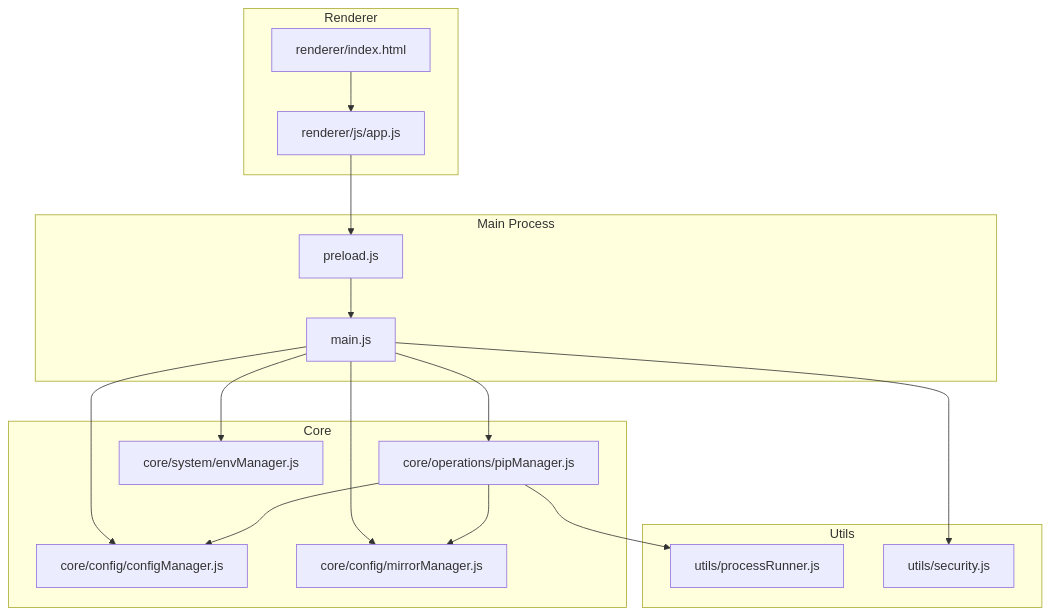
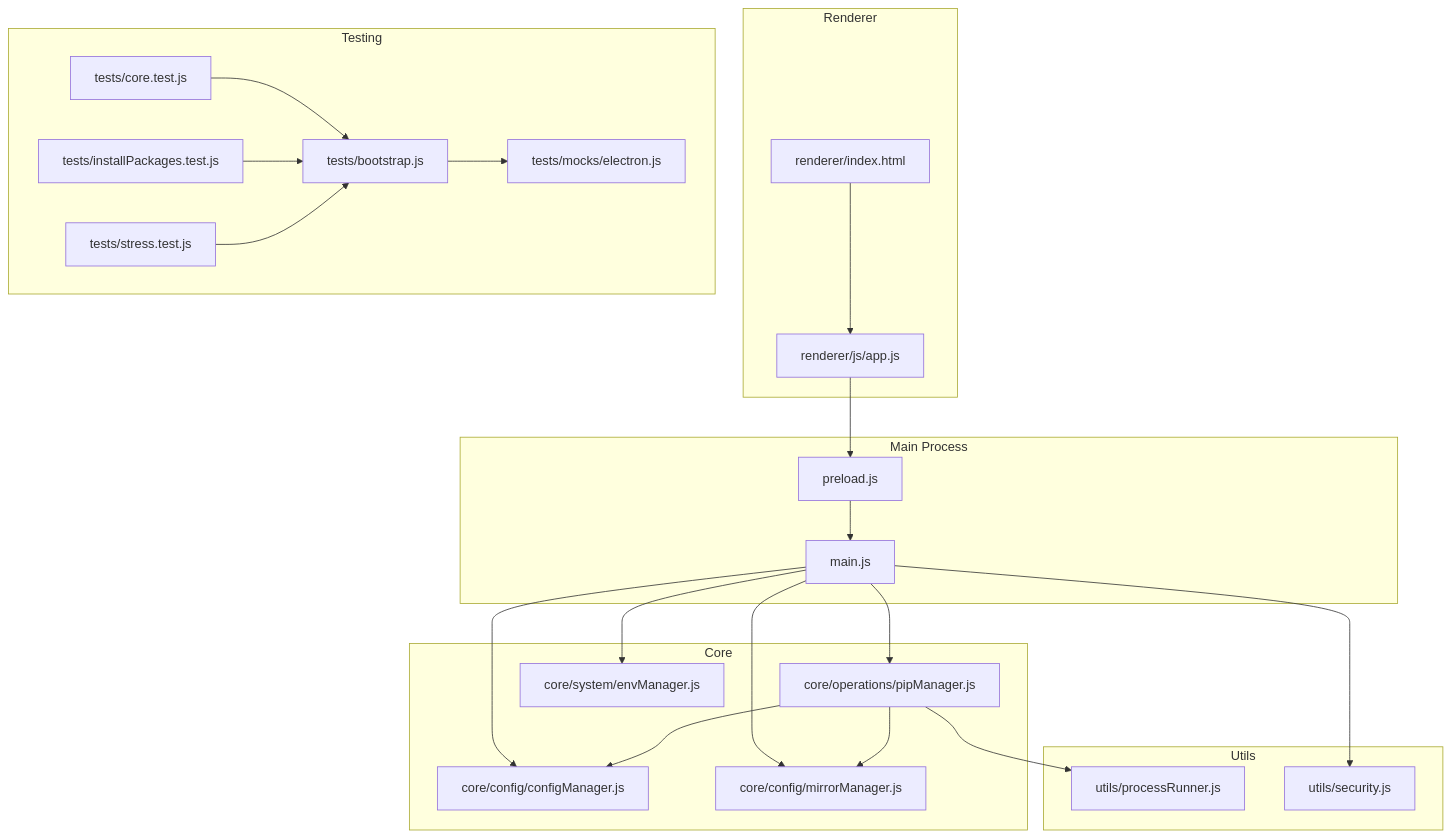
The first of 4 diagrams in docs/en/content/Development Guide.md (SoftheartedYYC/PyLibMaster), drawn with Mermaid before and after one commit. The commit also changed other lines of this file and 72 other files, not shown here.

````diff
--- a/docs/en/content/Development Guide.md
+++ b/docs/en/content/Development Guide.md
@@ -42,32 +56,43 @@
 ```mermaid
 graph TB
 subgraph "Main Process"
 M["main.js"]
 P["preload.js"]
 end
 subgraph "Renderer"
 RHTML["renderer/index.html"]
 RAPP["renderer/js/app.js"]
 end
 subgraph "Core"
 CFG["core/config/configManager.js"]
 MIR["core/config/mirrorManager.js"]
 PIP["core/operations/pipManager.js"]
 ENV["core/system/envManager.js"]
 end
 subgraph "Utils"
 PR["utils/processRunner.js"]
 SEC["utils/security.js"]
 end
+subgraph "Testing"
+TB["tests/bootstrap.js"]
+TCORE["tests/core.test.js"]
+TINSTALL["tests/installPackages.test.js"]
+TSTRESS["tests/stress.test.js"]
+TMOCK["tests/mocks/electron.js"]
+end
 RHTML --> RAPP
 RAPP --> P
 P --> M
 M --> CFG
 M --> MIR
 M --> PIP
 M --> ENV
 PIP --> PR
 PIP --> CFG
 PIP --> MIR
 M --> SEC
+TB --> TMOCK
+TCORE --> TB
+TINSTALL --> TB
+TSTRESS --> TB
 ```
````
